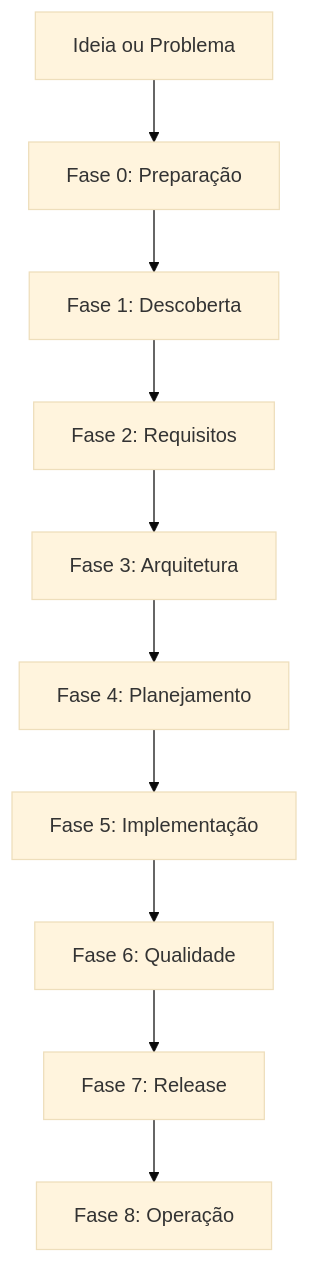
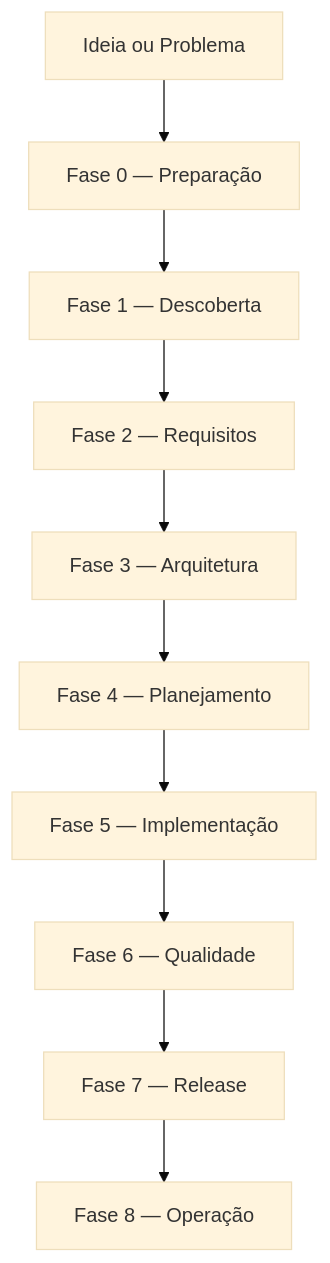
The first of 2 diagrams in README.md (arbgjr/sdlc_agentico), drawn with Mermaid (base theme) before and after one commit. The commit also changed other lines of this file and 2 other files, not shown here.

````diff
--- a/README.md
+++ b/README.md
@@ -95,12 +59,12 @@
 ```mermaid
 flowchart TB
-  Idea["Ideia ou Problema"] --> Prep["Fase 0: Preparação"]
-  Prep --> Discovery["Fase 1: Descoberta"]
-  Discovery --> Req["Fase 2: Requisitos"]
-  Req --> Arch["Fase 3: Arquitetura"]
-  Arch --> Plan["Fase 4: Planejamento"]
-  Plan --> Impl["Fase 5: Implementação"]
-  Impl --> Qual["Fase 6: Qualidade"]
-  Qual --> Release["Fase 7: Release"]
-  Release --> Ops["Fase 8: Operação"]
+  Idea["Ideia ou Problema"] --> Prep["Fase 0 — Preparação"]
+  Prep --> Discovery["Fase 1 — Descoberta"]
+  Discovery --> Req["Fase 2 — Requisitos"]
+  Req --> Arch["Fase 3 — Arquitetura"]
+  Arch --> Plan["Fase 4 — Planejamento"]
+  Plan --> Impl["Fase 5 — Implementação"]
+  Impl --> Qual["Fase 6 — Qualidade"]
+  Qual --> Release["Fase 7 — Release"]
+  Release --> Ops["Fase 8 — Operação"]
 ```
````
